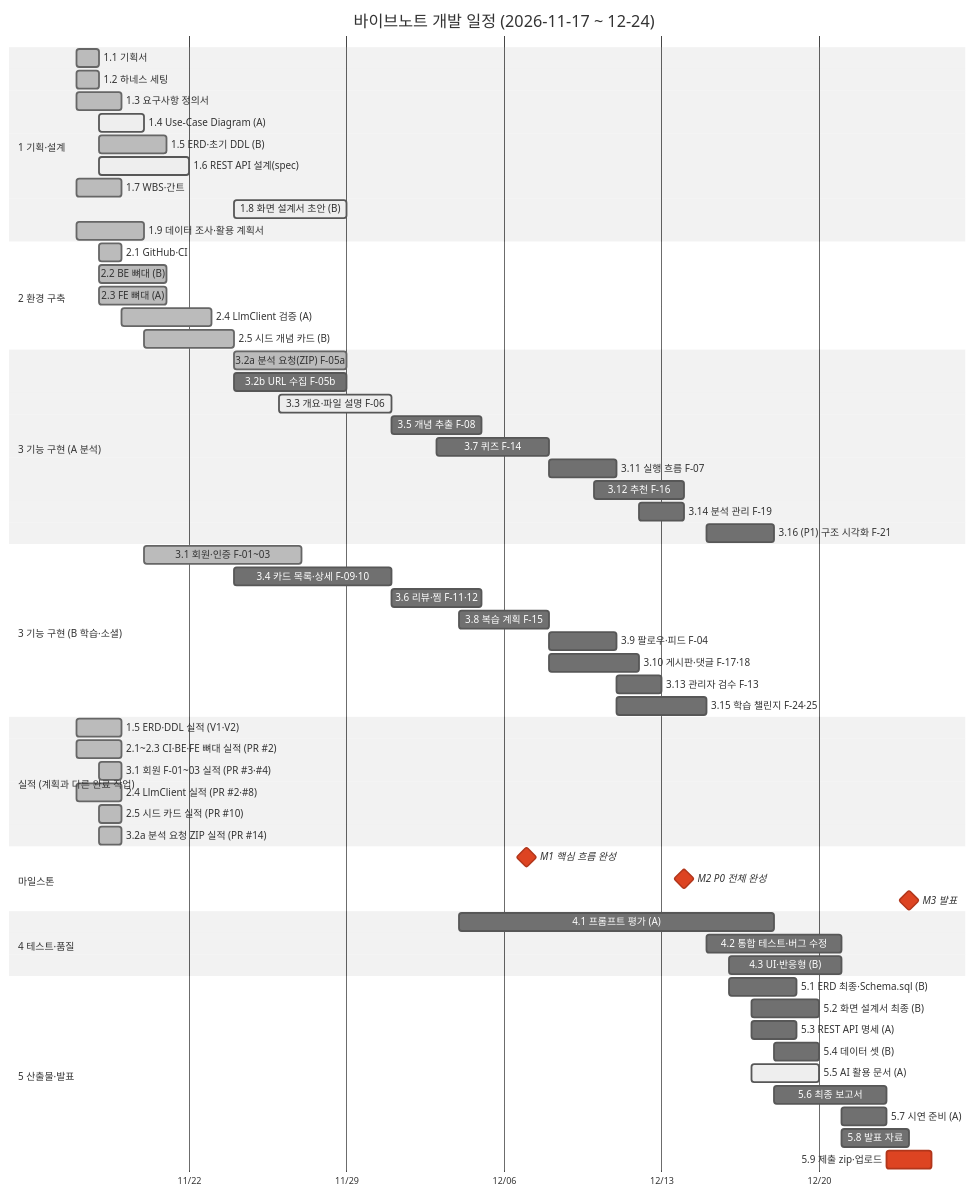
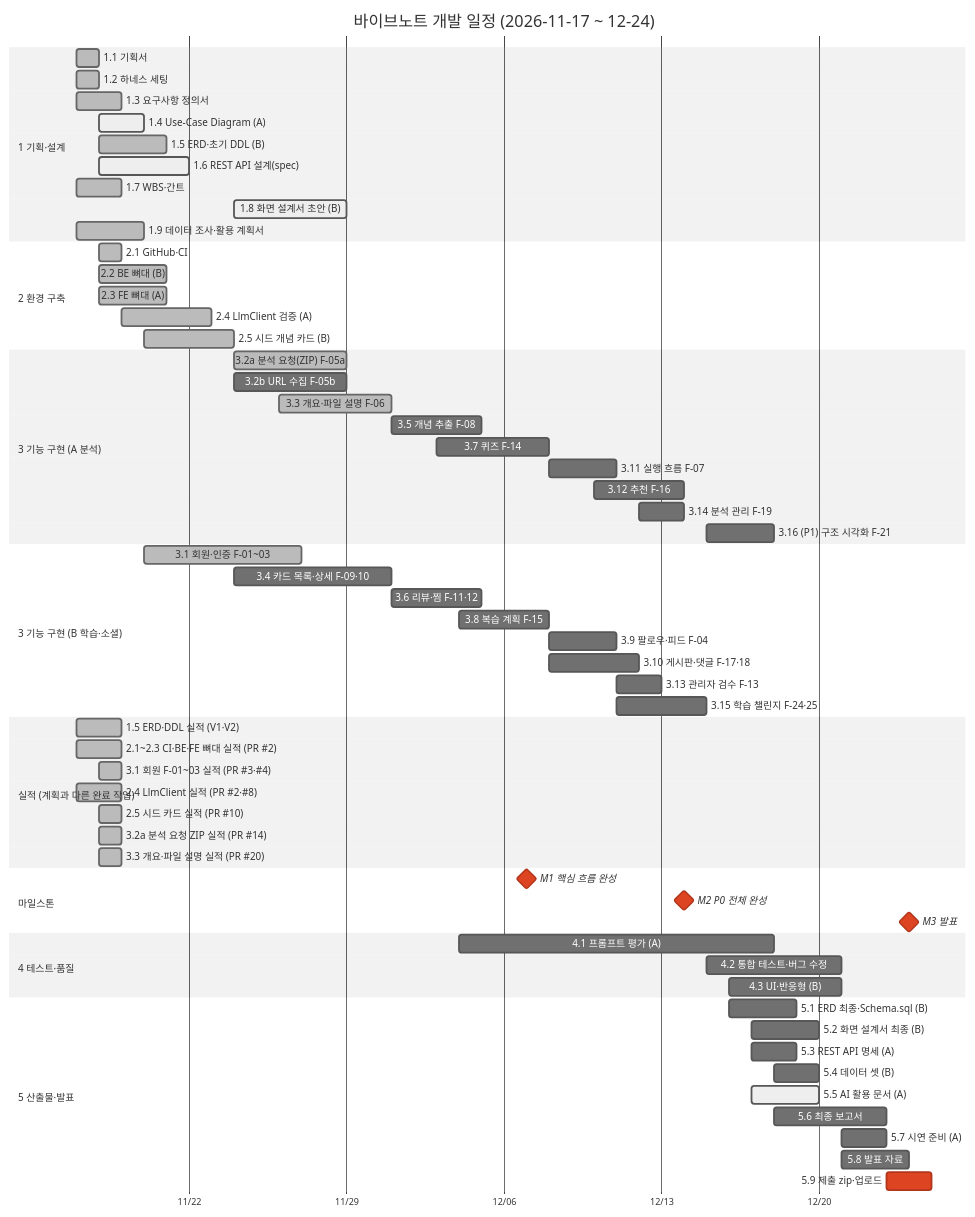
Before and after one commit to whans1996/final: the diagram in docs/산출물/05-간트차트.md, drawn with Mermaid (neutral theme). The commit also changed 4 other files, not shown here.

````diff
--- a/docs/산출물/05-간트차트.md
+++ b/docs/산출물/05-간트차트.md
@@ -7,75 +7,76 @@
 ```mermaid
 gantt
   title 바이브노트 개발 일정 (2026-11-17 ~ 12-24)
   dateFormat YYYY-MM-DD
   axisFormat %m/%d
   todayMarker off
 
   section 1 기획·설계
   1.1 기획서                     :done,    t11, 2026-11-17, 1d
   1.2 하네스 세팅                :done,    t12, 2026-11-17, 1d
   1.3 요구사항 정의서            :done,    t13, 2026-11-17, 2d
   1.4 Use-Case Diagram (A)       :active,  t14, 2026-11-18, 2d
   1.5 ERD·초기 DDL (B)           :done,    t15, 2026-11-18, 3d
   1.6 REST API 설계(spec)        :active,  t16, 2026-11-18, 4d
   1.7 WBS·간트                   :done,    t17, 2026-11-17, 2d
   1.8 화면 설계서 초안 (B)       :active,  t18, 2026-11-24, 5d
   1.9 데이터 조사·활용 계획서    :done,    t19, 2026-11-17, 3d
 
   section 2 환경 구축
   2.1 GitHub·CI                  :done,    t21, 2026-11-18, 1d
   2.2 BE 뼈대 (B)                :done,    t22, 2026-11-18, 3d
   2.3 FE 뼈대 (A)                :done,    t23, 2026-11-18, 3d
   2.4 LlmClient 검증 (A)         :done,    t24, 2026-11-19, 4d
   2.5 시드 개념 카드 (B)         :done,    t25, 2026-11-20, 4d
 
   section 3 기능 구현 (A 분석)
   3.2a 분석 요청(ZIP) F-05a     :done,    t32a, 2026-11-24, 5d
   3.2b URL 수집 F-05b            :         t32b, 2026-11-24, 5d
-  3.3 개요·파일 설명 F-06        :active,  t33, 2026-11-26, 5d
+  3.3 개요·파일 설명 F-06        :done,    t33, 2026-11-26, 5d
   3.5 개념 추출 F-08             :         t35, 2026-12-01, 4d
   3.7 퀴즈 F-14                  :         t37, 2026-12-03, 5d
   3.11 실행 흐름 F-07            :         t311, 2026-12-08, 3d
   3.12 추천 F-16                 :         t312, 2026-12-10, 4d
   3.14 분석 관리 F-19            :         t314, 2026-12-12, 2d
   3.16 (P1) 구조 시각화 F-21     :         t316, 2026-12-15, 3d
 
   section 3 기능 구현 (B 학습·소셜)
   3.1 회원·인증 F-01~03          :done,    t31, 2026-11-20, 7d
   3.4 카드 목록·상세 F-09·10     :         t34, 2026-11-24, 7d
   3.6 리뷰·찜 F-11·12            :         t36, 2026-12-01, 4d
   3.8 복습 계획 F-15             :         t38, 2026-12-04, 4d
   3.9 팔로우·피드 F-04           :         t39, 2026-12-08, 3d
   3.10 게시판·댓글 F-17·18       :         t310, 2026-12-08, 4d
   3.13 관리자 검수 F-13          :         t313, 2026-12-11, 2d
   3.15 학습 챌린지 F-24·25       :         t315, 2026-12-11, 4d
 
   section 실적 (계획과 다른 완료 작업)
   1.5 ERD·DDL 실적 (V1·V2)       :done,    a15, 2026-11-17, 2d
   2.1~2.3 CI·BE·FE 뼈대 실적 (PR #2) :done, a21, 2026-11-17, 2d
   3.1 회원 F-01~03 실적 (PR #3·#4) :done,  a31, 2026-11-18, 1d
   2.4 LlmClient 실적 (PR #2·#8) :done,    a24, 2026-11-17, 2d
   2.5 시드 카드 실적 (PR #10)    :done,    a25, 2026-11-18, 1d
   3.2a 분석 요청 ZIP 실적 (PR #14) :done,  a32a, 2026-11-18, 1d
+  3.3 개요·파일 설명 실적 (PR #20) :done,  a33, 2026-11-18, 1d
 
   section 마일스톤
   M1 핵심 흐름 완성              :milestone, crit, m1, 2026-12-07, 0d
   M2 P0 전체 완성                :milestone, crit, m2, 2026-12-14, 0d
   M3 발표                        :milestone, crit, m3, 2026-12-24, 0d
 
   section 4 테스트·품질
   4.1 프롬프트 평가 (A)          :         t41, 2026-12-04, 14d
   4.2 통합 테스트·버그 수정      :         t42, 2026-12-15, 6d
   4.3 UI·반응형 (B)              :         t43, 2026-12-16, 5d
 
   section 5 산출물·발표
   5.1 ERD 최종·Schema.sql (B)    :         t51, 2026-12-16, 3d
   5.2 화면 설계서 최종 (B)       :         t52, 2026-12-17, 3d
   5.3 REST API 명세 (A)          :         t53, 2026-12-17, 2d
   5.4 데이터 셋 (B)              :         t54, 2026-12-18, 2d
   5.5 AI 활용 문서 (A)           :active,  t55, 2026-12-17, 3d
   5.6 최종 보고서                :         t56, 2026-12-18, 5d
   5.7 시연 준비 (A)              :         t57, 2026-12-21, 2d
   5.8 발표 자료                  :         t58, 2026-12-21, 3d
   5.9 제출 zip·업로드            :crit,    t59, 2026-12-23, 2d
 ```
````
